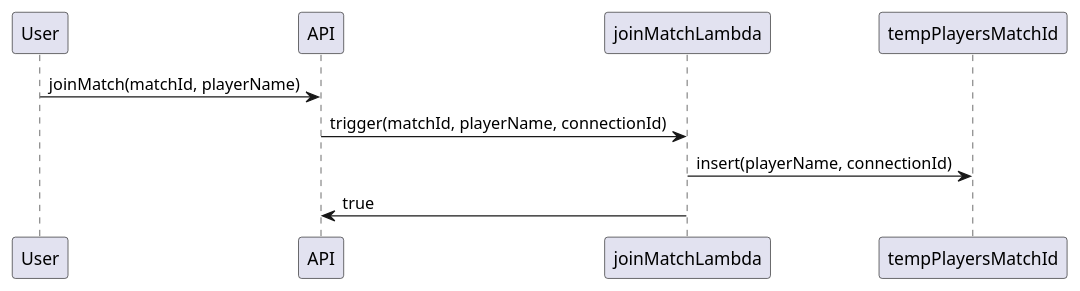
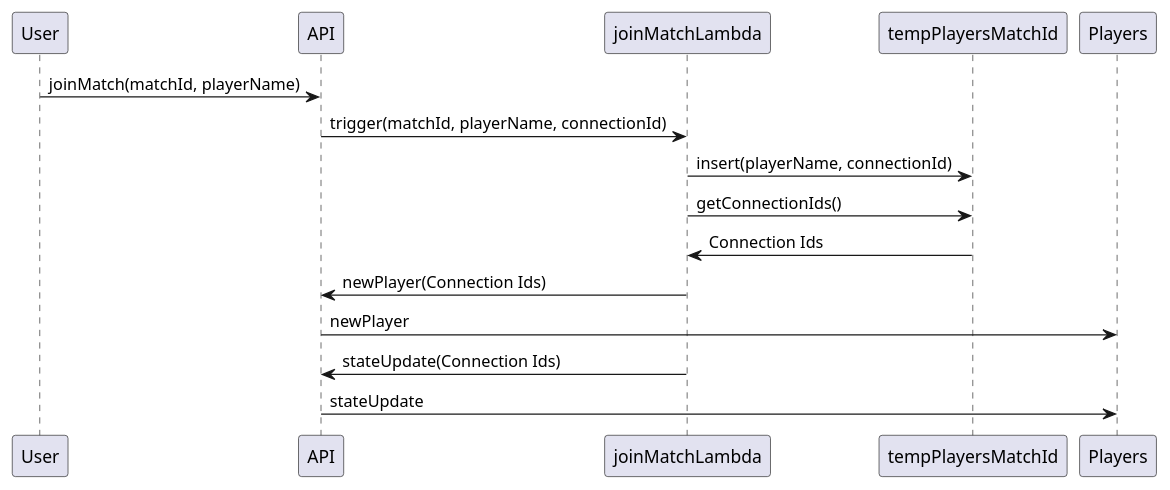
One commit to joaquin30/koderush-backend changed the diagram in joinMatch.puml. Above: the diagram before and after it, drawn with PlantUML. The commit also changed 4 other files, not shown here.

Commit message:
updated diagrams

```diff
--- a/joinMatch.puml
+++ b/joinMatch.puml
@@ -1,8 +1,13 @@
 @startuml koderush-joinMatch
 
 User -> API : joinMatch(matchId, playerName)
 API -> joinMatchLambda : trigger(matchId, playerName, connectionId)
 joinMatchLambda -> tempPlayersMatchId : insert(playerName, connectionId)
-joinMatchLambda -> API : true
+joinMatchLambda -> tempPlayersMatchId : getConnectionIds()
+tempPlayersMatchId -> joinMatchLambda : Connection Ids
+joinMatchLambda -> API : newPlayer(Connection Ids)
+API -> Players : newPlayer
+joinMatchLambda -> API : stateUpdate(Connection Ids)
+API -> Players : stateUpdate
 
 @enduml
```
